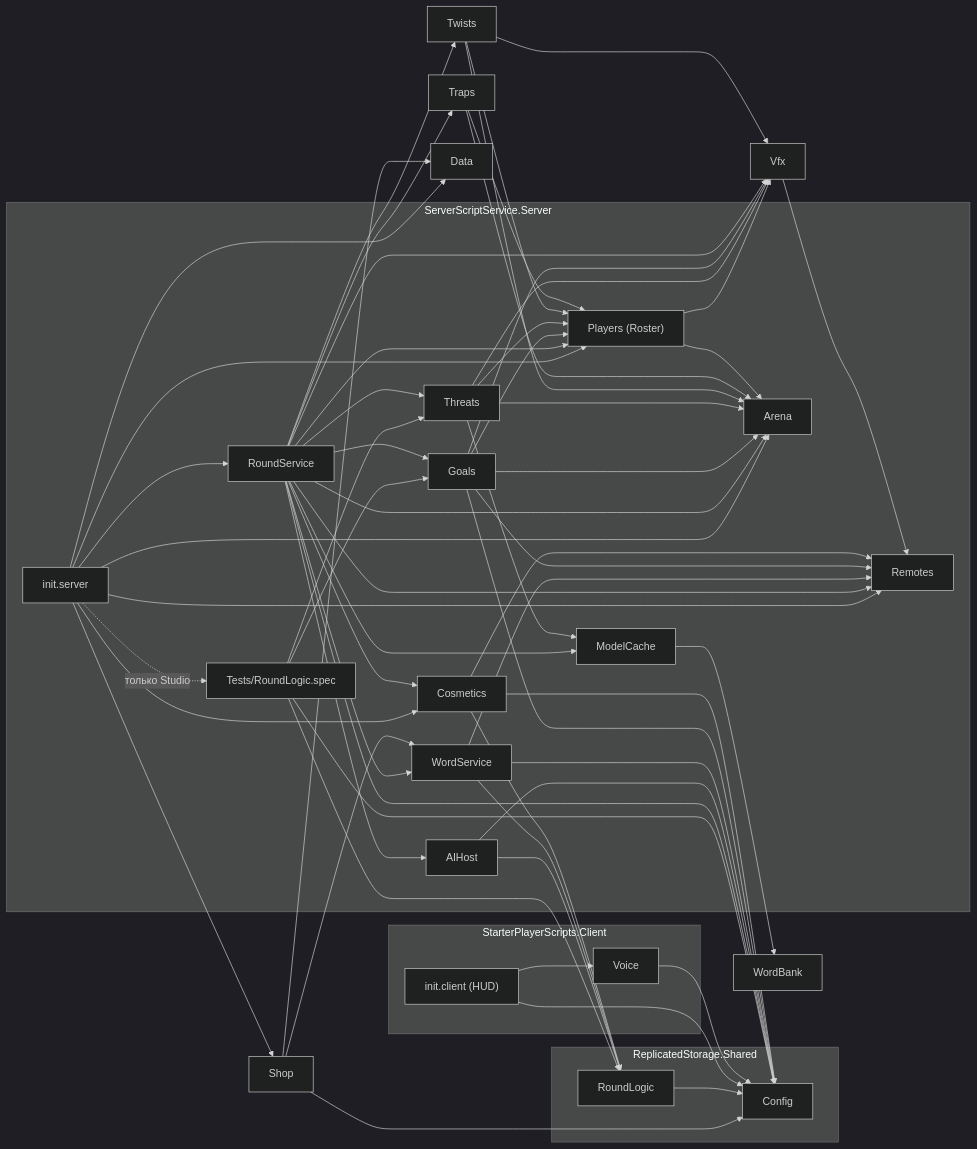
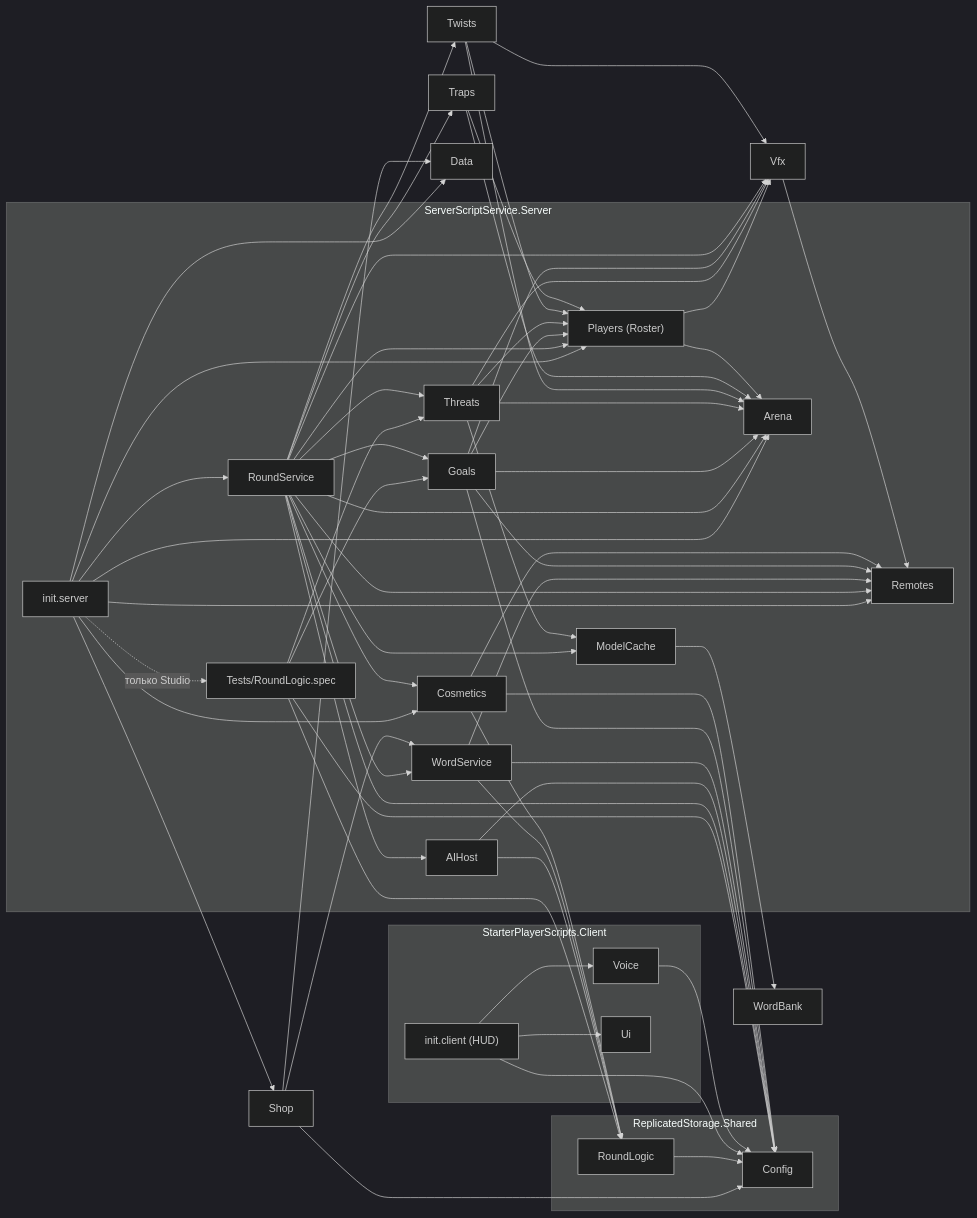
One commit to HageZERO2/AI-SAYS changed the first of 3 diagrams in docs/GRAPH.md. Above: the diagram before and after it, drawn with Mermaid (dark theme). The commit also changed 5 other files, not shown here.

````diff
--- a/docs/GRAPH.md
+++ b/docs/GRAPH.md
@@ -7,45 +7,46 @@
 ```mermaid
 graph LR
   subgraph Shared["ReplicatedStorage.Shared"]
     Config
     RoundLogic
   end
   subgraph Server["ServerScriptService.Server"]
     init["init.server"]
     Spec["Tests/RoundLogic.spec"]
     RoundService
     AIHost
     Goals
     Threats
     Players["Players (Roster)"]
     Arena
     WordService
     Cosmetics
     ModelCache
     Remotes
   end
   subgraph Client["StarterPlayerScripts.Client"]
     initc["init.client (HUD)"]
     Voice
+    Ui
   end
 
   init --> Remotes & Arena & Data & Shop & Cosmetics & Players & RoundService
   init -. только Studio .-> Spec
   Spec --> RoundLogic & Config & Goals & Threats
   RoundService --> AIHost & Cosmetics & Goals & Threats & Traps & Twists & Players & Arena & WordService & ModelCache & Remotes & Config
   AIHost --> RoundLogic & Config
   WordService --> RoundLogic & Config & Remotes
   Goals --> Arena & Players & Config & Remotes
   Threats --> Arena & Players & ModelCache
   Twists --> Arena & Players
   Traps --> Arena & Players
   Shop --> Data & WordService & Config
   Cosmetics --> RoundLogic & Config & Remotes
   Players & Threats & Goals & Twists & RoundService --> Vfx
   Vfx --> Remotes
   ModelCache --> WordBank
   Players --> Arena
   RoundLogic --> Config
-  initc --> Voice & Config
+  initc --> Voice & Ui & Config
   Voice --> Config
 ```
````
